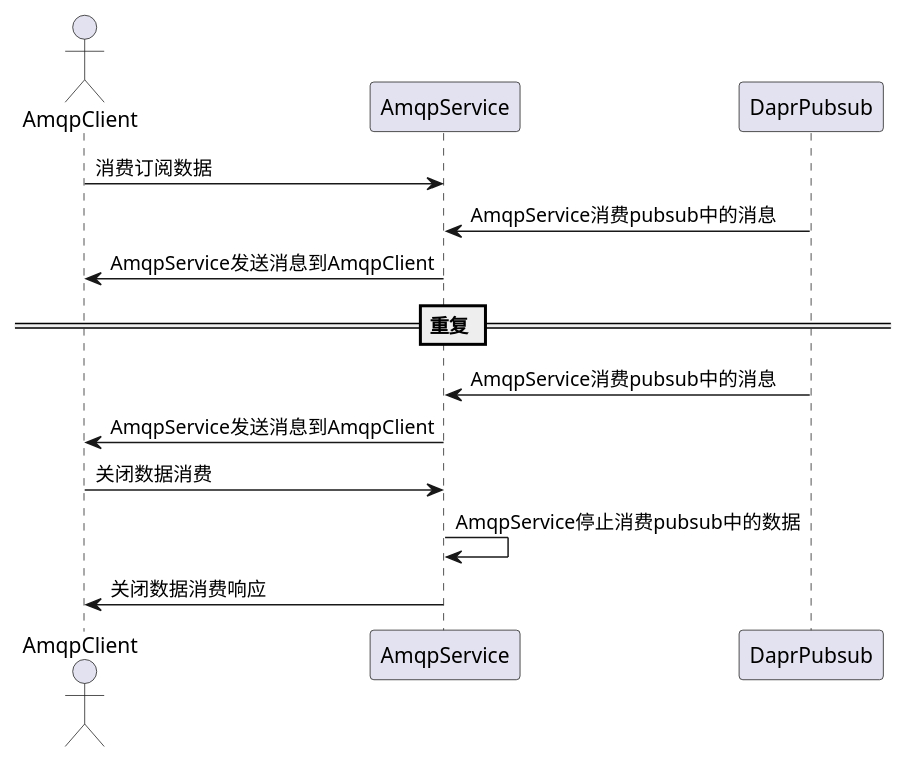
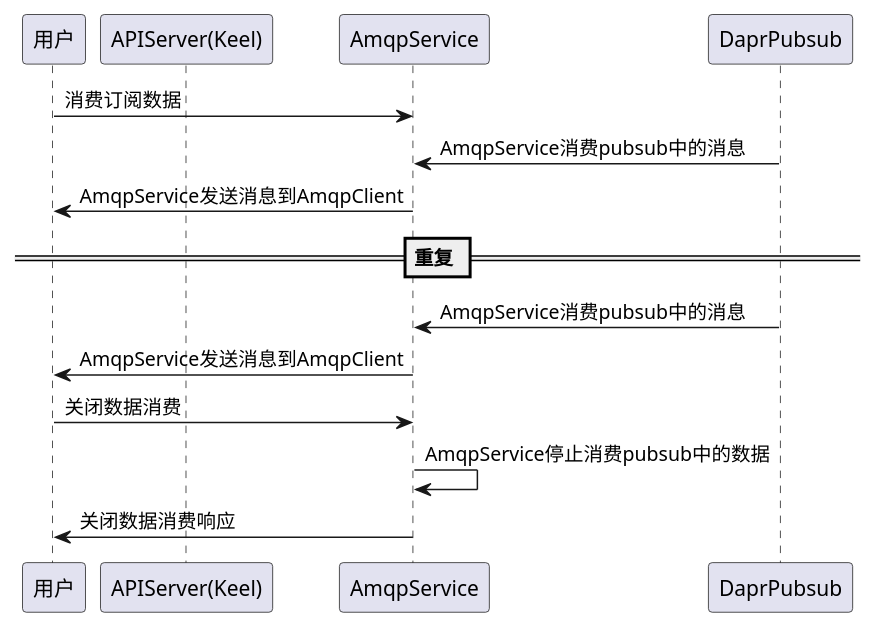
Before and after one commit to tkeel-io/docs: the eighth of 9 diagrams in docs/api/appendix/plantuml/core_broker.md, drawn with PlantUML. The commit also changed other lines of this file and 2 other files, not shown here.

````diff
--- a/docs/api/appendix/plantuml/core_broker.md
+++ b/docs/api/appendix/plantuml/core_broker.md
@@ -107,18 +128,19 @@
 ```plantuml
 @startuml
-actor AmqpClient
+participant "用户" as user
+participant "APIServer(Keel)"  as keel
 participant AmqpService
 participant DaprPubsub
-AmqpClient->AmqpService:消费订阅数据
+user->AmqpService:消费订阅数据
 
 DaprPubsub->AmqpService:AmqpService消费pubsub中的消息
-AmqpService->AmqpClient:AmqpService发送消息到AmqpClient
+AmqpService->user:AmqpService发送消息到AmqpClient
 == 重复 ==
 DaprPubsub->AmqpService:AmqpService消费pubsub中的消息
-AmqpService->AmqpClient:AmqpService发送消息到AmqpClient
+AmqpService->user:AmqpService发送消息到AmqpClient
 
-AmqpClient->AmqpService:关闭数据消费
+user->AmqpService:关闭数据消费
 AmqpService->AmqpService:AmqpService停止消费pubsub中的数据
-AmqpClient<-AmqpService:关闭数据消费响应
+user<-AmqpService:关闭数据消费响应
 @enduml
 ```
````
